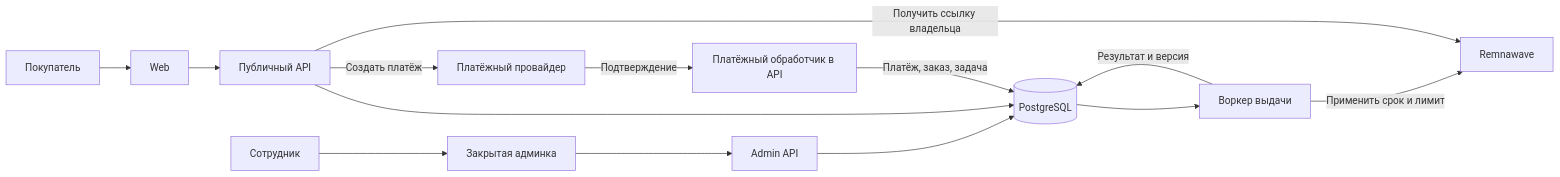
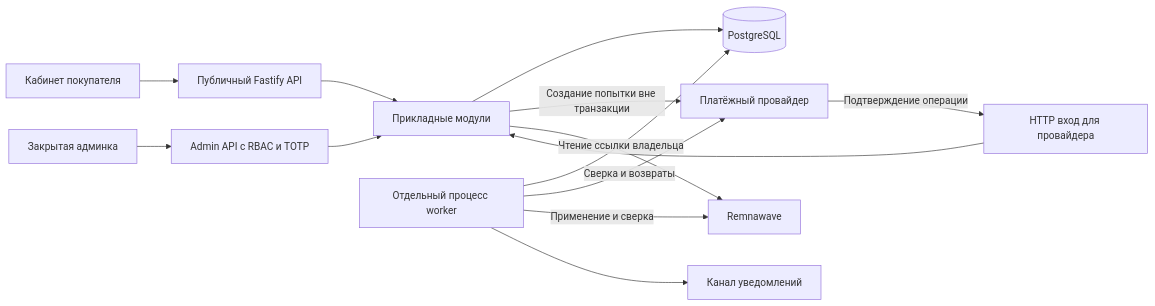
The diagram in docs/architecture.md (skrskr7799-design/Vpnshop), drawn with Mermaid before and after one commit. The commit also changed other lines of this file and 5 other files, not shown here.

````diff
--- a/docs/architecture.md
+++ b/docs/architecture.md
@@ -30,16 +11,16 @@
 ```mermaid
 flowchart LR
-    U[Покупатель] --> W[Web]
-    W --> A[Публичный API]
-    A --> D[(PostgreSQL)]
-    A -->|Создать платёж| P[Платёжный провайдер]
-    P -->|Подтверждение| H[Платёжный обработчик в API]
-    H -->|Платёж, заказ, задача| D
-    D --> F[Воркер выдачи]
-    F -->|Применить срок и лимит| R[Remnawave]
-    F -->|Результат и версия| D
-    A -->|Получить ссылку владельца| R
-    S[Сотрудник] --> I[Закрытая админка]
-    I --> B[Admin API]
-    B --> D
+    Web[Кабинет покупателя] --> Public[Публичный Fastify API]
+    Staff[Закрытая админка] --> Admin[Admin API с RBAC и TOTP]
+    Provider[Платёжный провайдер] -->|Подтверждение операции| Inbox[HTTP вход для провайдера]
+    Public --> Core[Прикладные модули]
+    Admin --> Core
+    Inbox --> Core
+    Core --> PG[(PostgreSQL)]
+    Worker[Отдельный процесс worker] --> PG
+    Core -->|Создание попытки вне транзакции| Provider
+    Worker -->|Сверка и возвраты| Provider
+    Worker -->|Применение и сверка| Panel[Remnawave]
+    Core -->|Чтение ссылки владельца| Panel
+    Worker --> Mail[Канал уведомлений]
 ```
````
